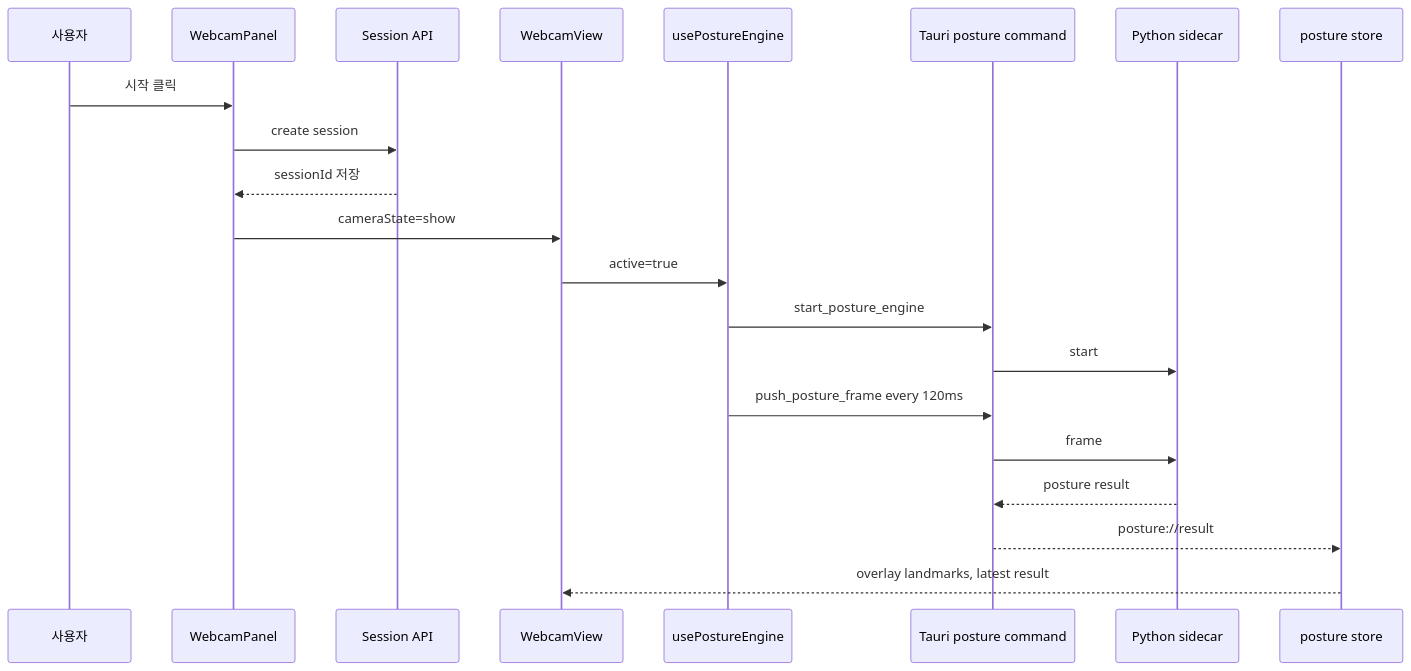
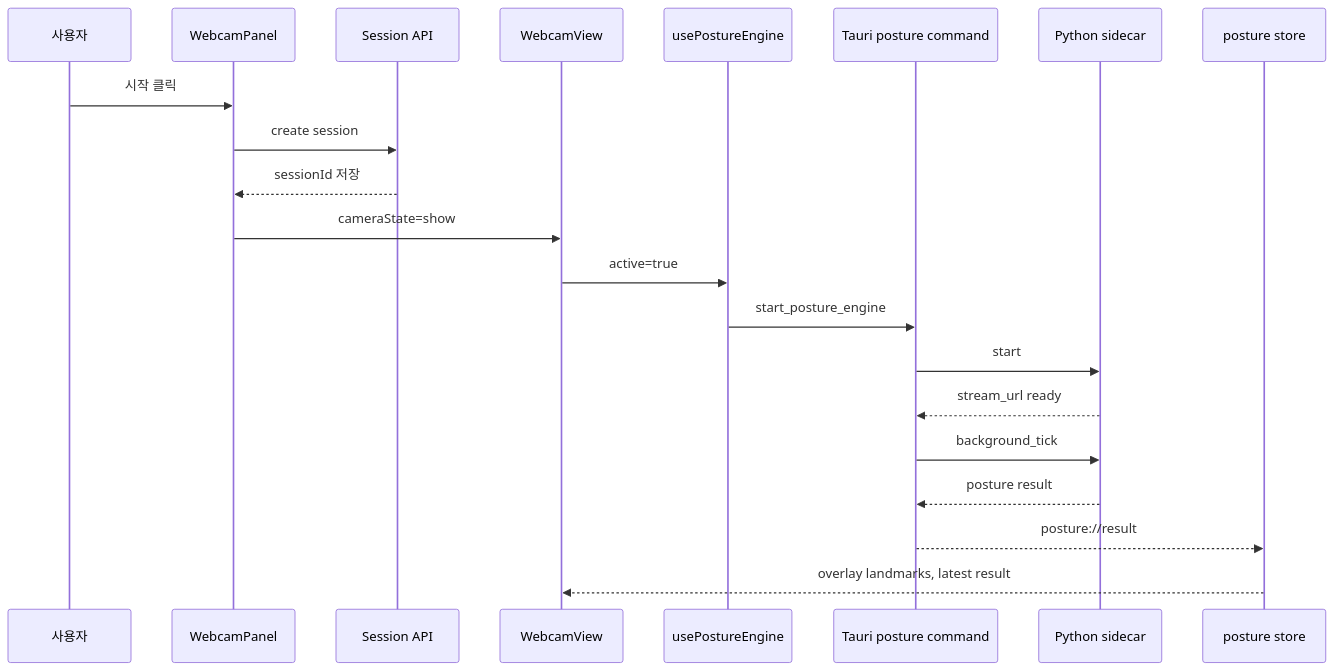
Before and after one commit to choihooo/gbgr-migration: the second of 3 diagrams in migration/docs/onboarding.md, drawn with Mermaid. The commit also changed other lines of this file and 100 other files, not shown here.

Commit message:
feat: harden camera stream permission flow

````diff
--- a/migration/docs/onboarding.md
+++ b/migration/docs/onboarding.md
@@ -91,24 +106,24 @@
 ```mermaid
 sequenceDiagram
     participant User as 사용자
     participant Panel as WebcamPanel
     participant Api as Session API
     participant View as WebcamView
     participant Hook as usePostureEngine
     participant Tauri as Tauri posture command
     participant Sidecar as Python sidecar
     participant Store as posture store
 
     User->>Panel: 시작 클릭
     Panel->>Api: create session
     Api-->>Panel: sessionId 저장
     Panel->>View: cameraState=show
     View->>Hook: active=true
     Hook->>Tauri: start_posture_engine
     Tauri->>Sidecar: start
-    Hook->>Tauri: push_posture_frame every 120ms
-    Tauri->>Sidecar: frame
+    Sidecar-->>Tauri: stream_url ready
+    Tauri->>Sidecar: background_tick
     Sidecar-->>Tauri: posture result
     Tauri-->>Store: posture://result
     Store-->>View: overlay landmarks, latest result
 ```
````
